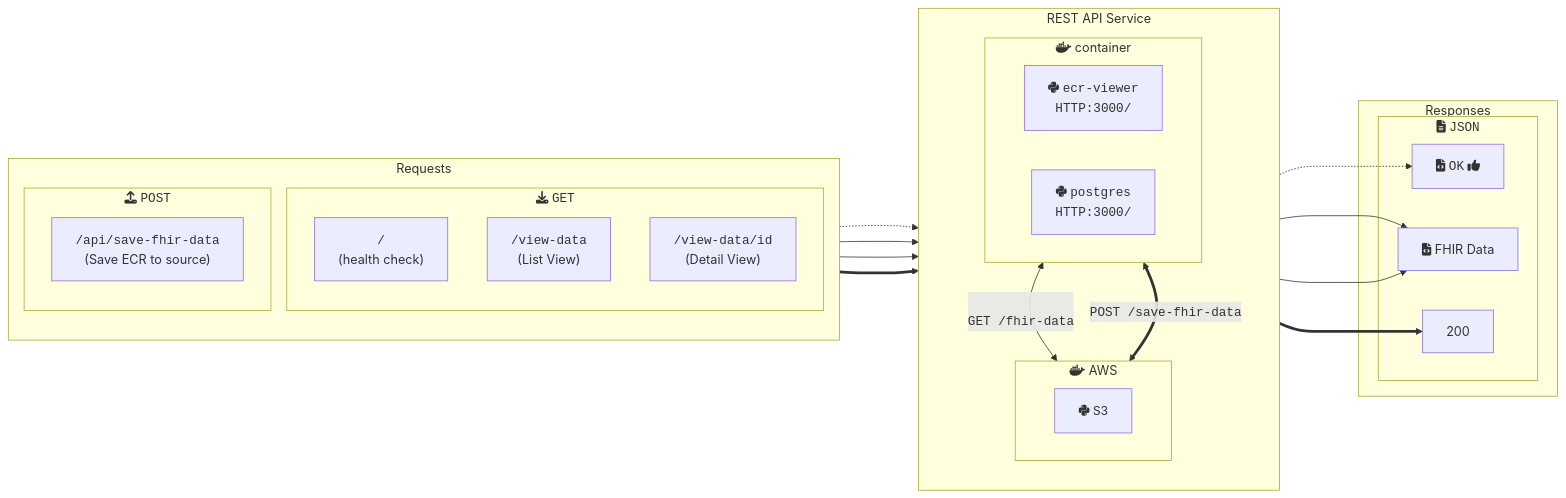
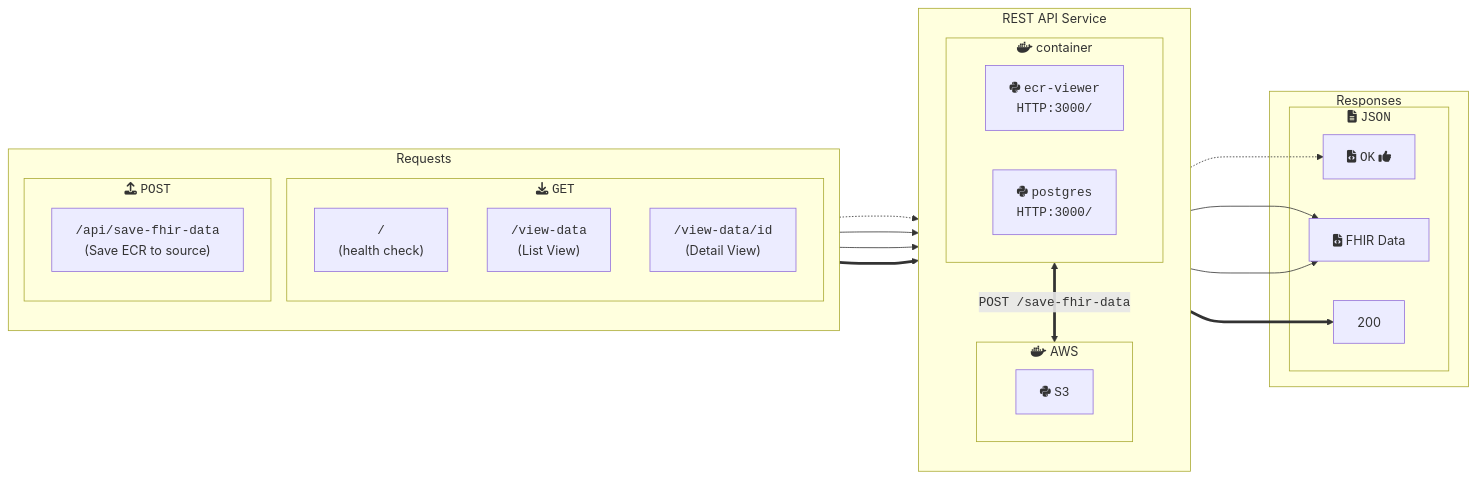
Before and after one commit to CDCgov/dibbs-ecr-viewer: the first of 2 diagrams in containers/ecr-viewer/README.md, drawn with Mermaid. The commit also changed other lines of this file and 6 other files, not shown here.

````diff
--- a/containers/ecr-viewer/README.md
+++ b/containers/ecr-viewer/README.md
@@ -141,44 +141,43 @@
 ```mermaid
 flowchart LR
 
   subgraph requests["Requests"]
     direction TB
     subgraph GET["fas:fa-download <code>GET</code>"]
       hc["<code>/</code>\n(health check)"]
       viewdata["<code>/view-data</code>\n(List View)"]
       detail["<code>/view-data/id</code>\n(Detail View)"]
 
     end
     subgraph POST["fas:fa-upload <code>POST</code>"]
       ecr["<code>/api/save-fhir-data</code>\n(Save ECR to source)"]
     end
   end
 
 
   subgraph service[REST API Service]
     direction TB
     subgraph mr["fab:fa-docker container"]
       viewer["fab:fa-python <code>ecr-viewer<br>HTTP:3000/</code>"]
 	  postgres["fab:fa-python <code>postgres<br>HTTP:3000/</code>"]
     end
     subgraph aws["fab:fa-docker AWS"]
       s3["fab:fa-python <code>S3</code>"]
     end
-    mr <--> |<br><code>GET /fhir-data</code>| aws
 	mr <==> |<code>POST /save-fhir-data</code>| aws
 
   end
 
   subgraph response["Responses"]
     subgraph JSON["fa:fa-file-alt <code>JSON</code>"]
       rsp-hc["fa:fa-file-code <code>OK</code> fa:fa-thumbs-up"]
       fhirdata["fa:fa-file-code FHIR Data"]
 	  post-ecr["200"]
     end
   end
 
 hc -.-> mr -.-> rsp-hc
 viewdata --> mr --> fhirdata
 detail --> mr --> fhirdata
 ecr ===> mr ===> post-ecr
 ```
````
